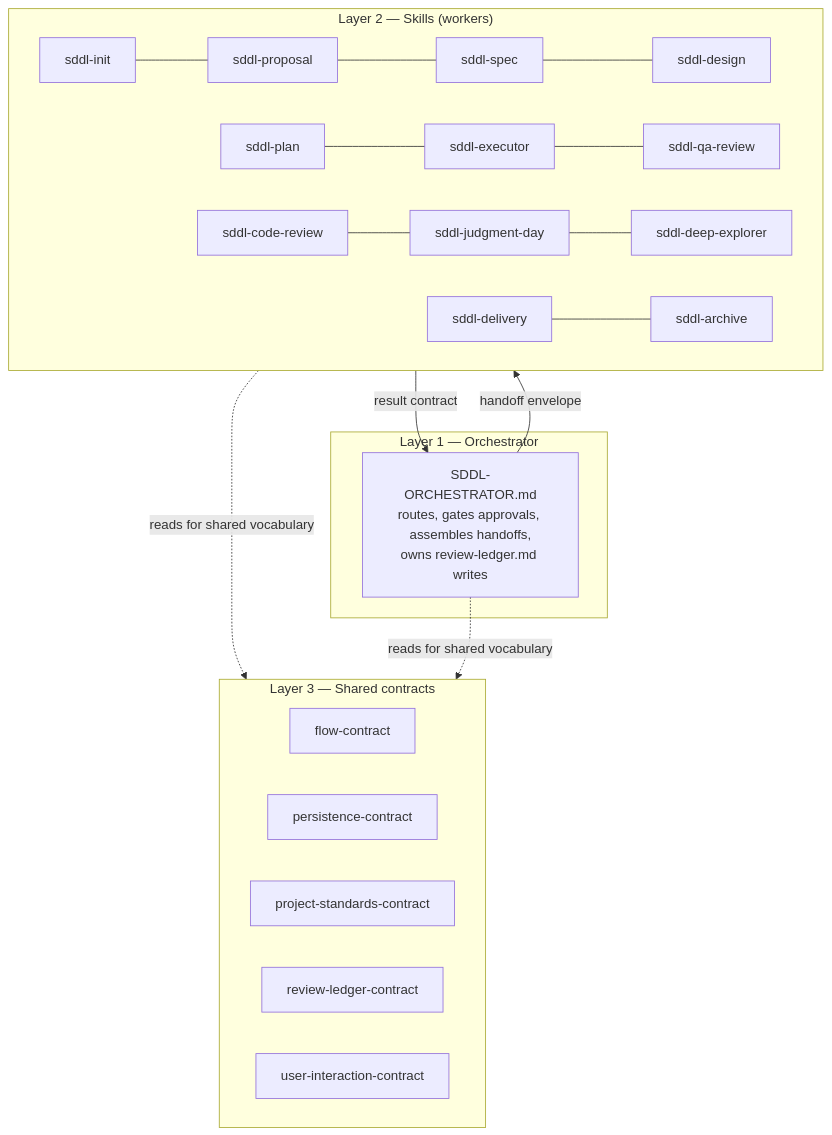
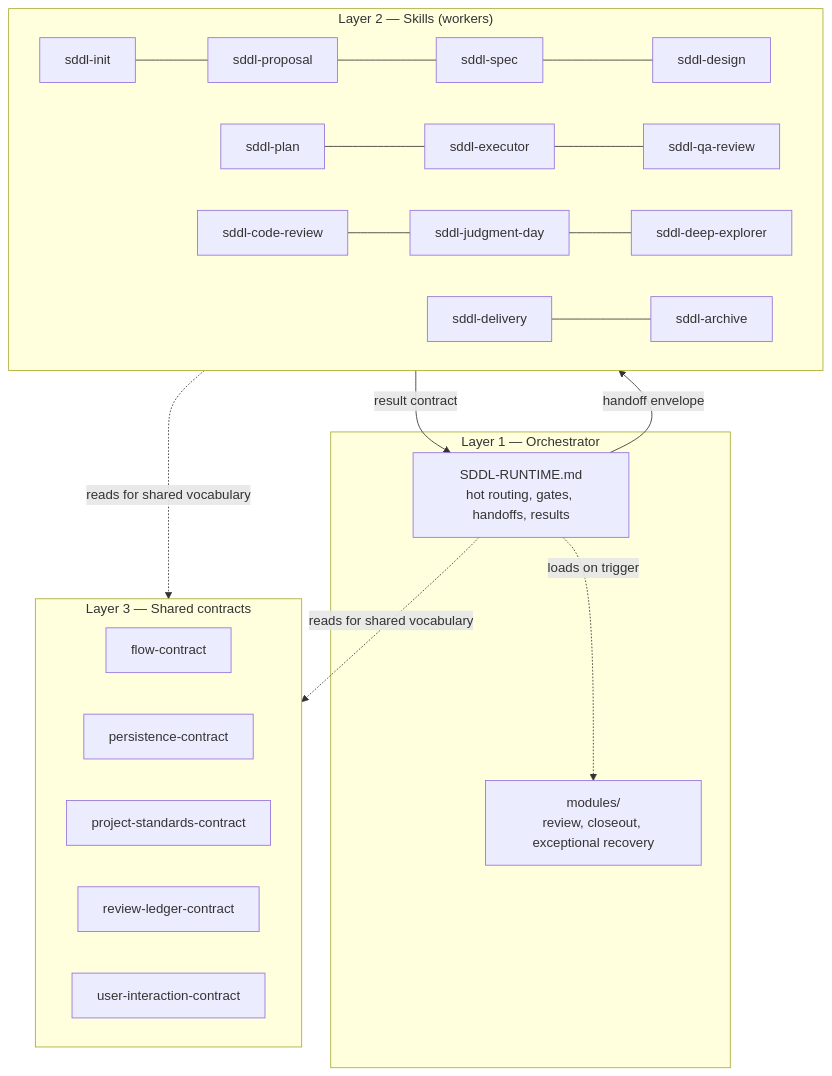
One commit to nico0695/ai-tools changed the diagram in sdd/sdd-lite/docs/architecture.md. Above: the diagram before and after it, drawn with Mermaid. The commit also changed other lines of this file and 16 other files, not shown here.

Commit message:
feat(sdd-lite): breakdown orchestrator in runtime with extra modules

````diff
--- a/sdd/sdd-lite/docs/architecture.md
+++ b/sdd/sdd-lite/docs/architecture.md
@@ -17,24 +17,26 @@
 ```mermaid
 flowchart TB
     subgraph L1["Layer 1 — Orchestrator"]
-        Orc["SDDL-ORCHESTRATOR.md<br/>routes, gates approvals, assembles handoffs,<br/>owns review-ledger.md writes"]
+        Orc["SDDL-RUNTIME.md<br/>hot routing, gates, handoffs, results"]
+        Mods["modules/<br/>review, closeout, exceptional recovery"]
+        Orc -.loads on trigger.-> Mods
     end
     subgraph L2["Layer 2 — Skills (workers)"]
         Init[sddl-init] --- Prop[sddl-proposal] --- Spec[sddl-spec] --- Design[sddl-design]
         Plan[sddl-plan] --- Exec[sddl-executor] --- QA[sddl-qa-review]
         CR[sddl-code-review] --- JD[sddl-judgment-day] --- Explorer[sddl-deep-explorer]
         Deliv[sddl-delivery] --- Arch[sddl-archive]
     end
     subgraph L3["Layer 3 — Shared contracts"]
         Flow[flow-contract]
         Persist[persistence-contract]
         Standards[project-standards-contract]
         Ledger[review-ledger-contract]
         Interaction[user-interaction-contract]
     end
 
     Orc -->|handoff envelope| L2
     L2 -->|result contract| Orc
     L2 -.reads for shared vocabulary.-> L3
     Orc -.reads for shared vocabulary.-> L3
 ```
````
